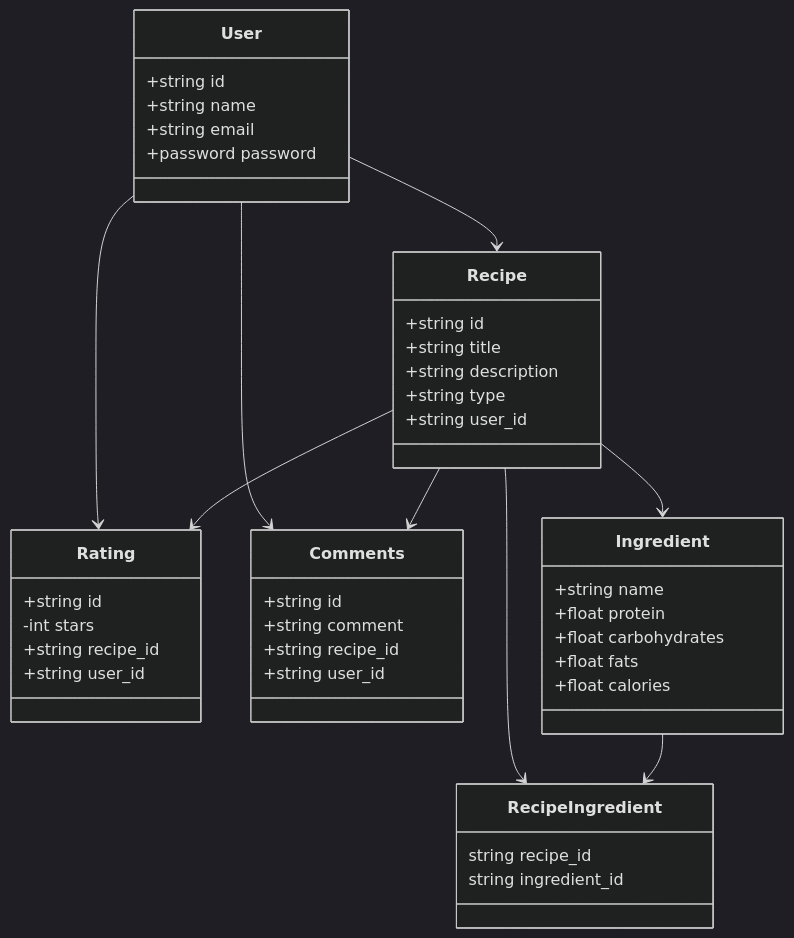
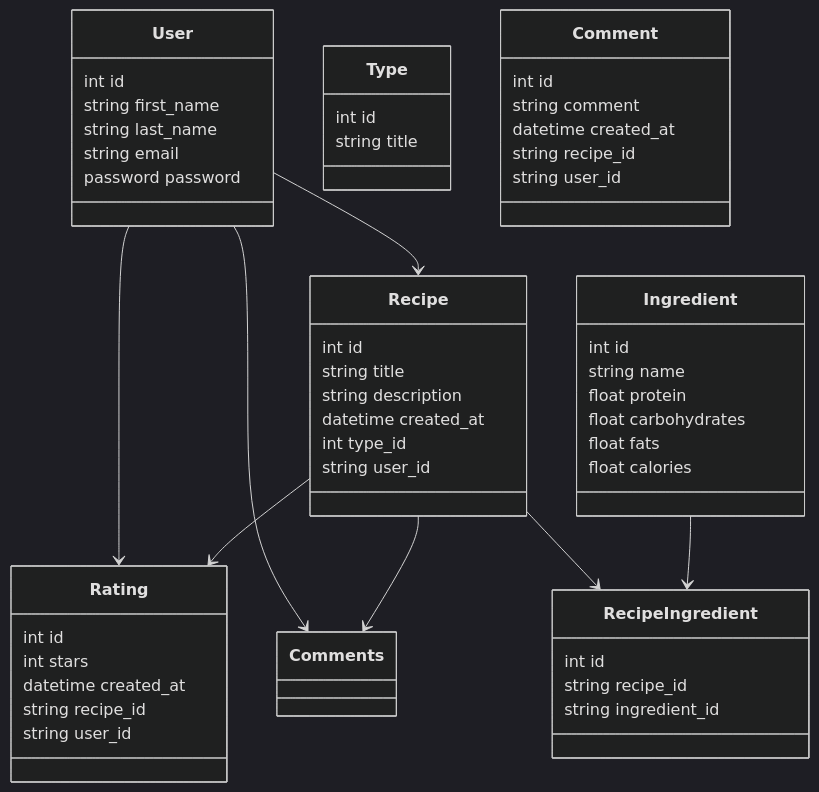
Before and after one commit to gualbertocuiza/dieting: the second of 2 diagrams in README.md, drawn with Mermaid (dark theme). The commit also changed other lines of this file, not shown here.

Commit message:
improvements according feedback

````diff
--- a/README.md
+++ b/README.md
@@ -39,45 +43,54 @@
 ```mermaid
 classDiagram
     User --> Recipe
     User --> Rating
     User --> Comments
     Recipe --> Rating
     Recipe --> Comments
-    Recipe --> Ingredient
     Recipe --> RecipeIngredient
     Ingredient --> RecipeIngredient
-    User : +string id
-    User : +string name
-    User : +string email
-    User : +password password
+    User : int id
+    User : string first_name
+    User : string last_name
+    User : string email
+    User : password password
+    class Type{
+      int id
+      string title
+    }
     class Recipe{
-      +string id
-      +string title
-      +string description
-      +string type
-      +string user_id
+      int id
+      string title
+      string description
+      datetime created_at
+      int type_id
+      string user_id
     }
     class Rating{
-      +string id
-      -int stars
-      +string recipe_id
-      +string user_id
+      int id
+      int stars
+      datetime created_at
+      string recipe_id
+      string user_id
     }
-    class Comments{
-      +string id
-      +string comment
-      +string recipe_id
-      +string user_id
+    class Comment{
+      int id
+      string comment
+      datetime created_at
+      string recipe_id
+      string user_id
     }
     class Ingredient{
-        +string name
-        +float protein
-        +float carbohydrates
-        +float fats
-        +float calories
+        int id
+        string name
+        float protein
+        float carbohydrates
+        float fats
+        float calories
     }
     class RecipeIngredient{
+        int id
         string recipe_id
         string ingredient_id
     }
 ```
````
